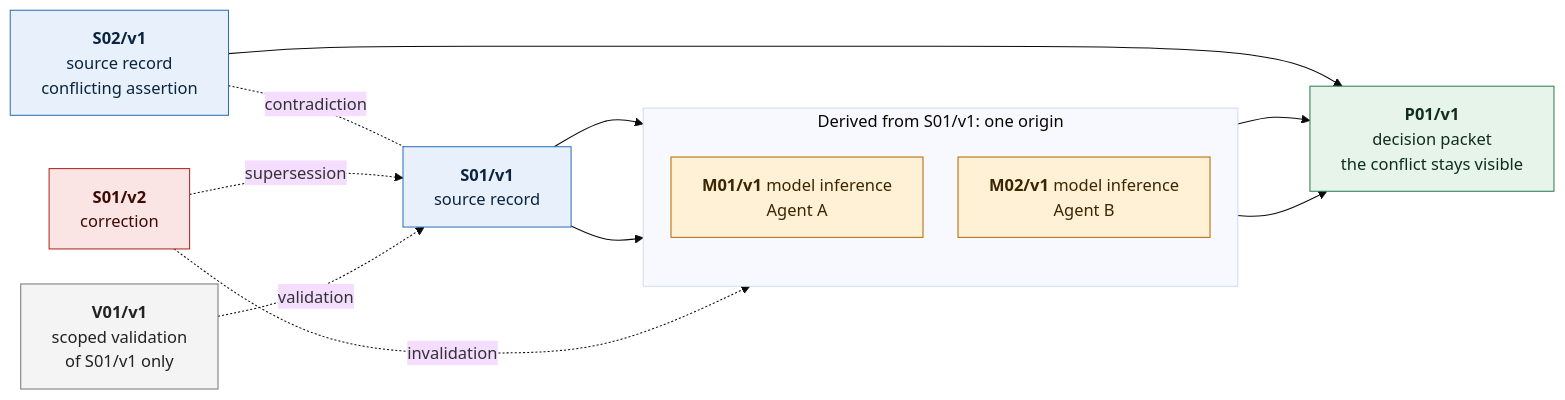
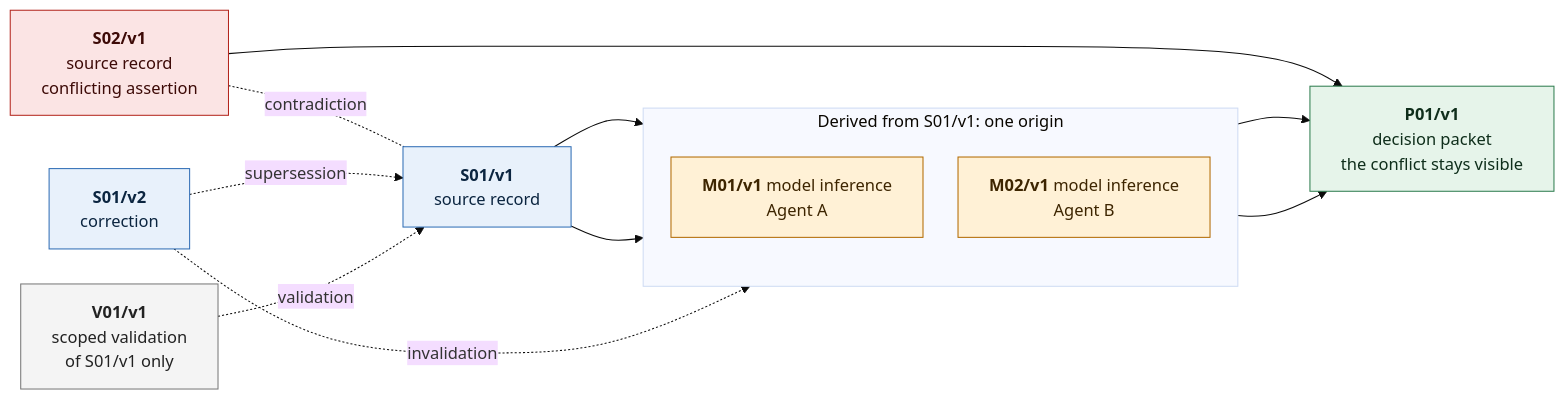
One commit to andygeorgi/evidence-at-human-scale changed the diagram in figures/src/F03.mmd. Above: the diagram before and after it, drawn with Mermaid (base theme). The commit also changed 45 other files, not shown here.

```diff
--- a/figures/src/F03.mmd
+++ b/figures/src/F03.mmd
@@ -1,28 +1,28 @@
 %%{init: {"flowchart": {"wrappingWidth": 260, "htmlLabels": true, "nodeSpacing": 34, "rankSpacing": 70}}}%%
 flowchart LR
     accTitle: Common-source agreement is not corroboration
     accDescr: Source record S01 version 1 is the single parent of two model inferences, M01 from Agent A and M02 from Agent B, and both feed decision packet P01 version 1. Their agreement is common origin, not independent corroboration. A conflicting source record S02 version 1 also reaches the packet. Dashed arrows are typed relationships, not ancestry: S02 contradicts S01, correction S01 version 2 supersedes S01 version 1 and invalidates M01 and M02, and a scoped validation V01 assesses only S01 version 1.
     S01["<b>S01/v1</b><br/>source record"]:::src
     subgraph D["Derived from S01/v1: one origin"]
         direction TB
         M01["<b>M01/v1</b> model inference<br/>Agent A"]:::inf
         M02["<b>M02/v1</b> model inference<br/>Agent B"]:::inf
     end
     P01["<b>P01/v1</b><br/>decision packet<br/>the conflict stays visible"]:::pkt
-    S02["<b>S02/v1</b><br/>source record<br/>conflicting assertion"]:::src
-    S01b["<b>S01/v2</b><br/>correction"]:::warn
+    S02["<b>S02/v1</b><br/>source record<br/>conflicting assertion"]:::warn
+    S01b["<b>S01/v2</b><br/>correction"]:::src
     V01["<b>V01/v1</b><br/>scoped validation<br/>of S01/v1 only"]:::plain
     S01 --> M01
     S01 --> M02
     M01 --> P01
     M02 --> P01
     S02 --> P01
     S02 -. "contradiction" .- S01
     S01b -. "supersession" .-> S01
     S01b -. "invalidation" .-> D
     V01 -. "validation" .-> S01
     classDef src fill:#E8F1FB,stroke:#2F6DB5,color:#0B2540
     classDef inf fill:#FFF1D6,stroke:#B26A00,color:#3D2500
     classDef pkt fill:#E6F4EA,stroke:#2E7D4F,color:#0F2E1B
     classDef warn fill:#FBE4E4,stroke:#B3261E,color:#3D0A07
     classDef plain fill:#F4F4F4,stroke:#777777,color:#222222
```
